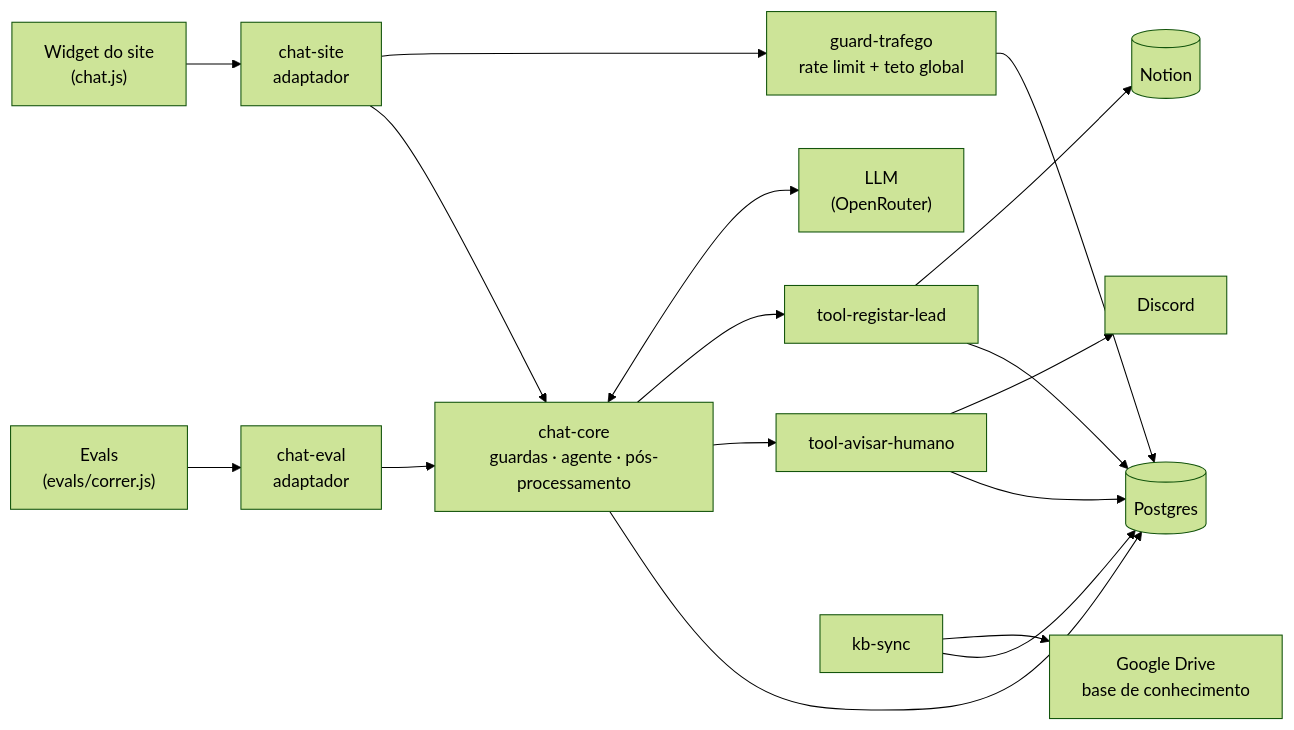
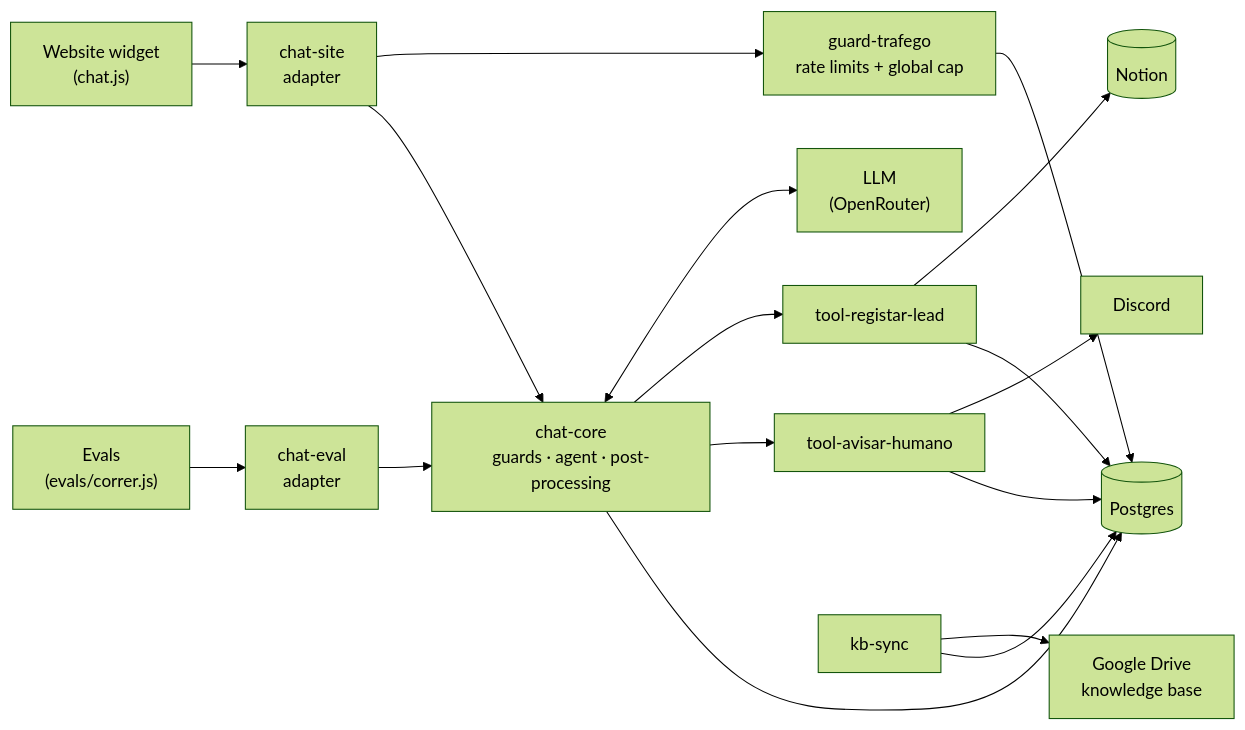
Before and after one commit to franciscoaraujo23/n8n-ai-sales-chatbot: the diagram in README.md, drawn with Mermaid (forest theme). The commit also changed other lines of this file and 7 other files, not shown here.

````diff
--- a/README.md
+++ b/README.md
@@ -53,13 +55,13 @@
 ```mermaid
 flowchart LR
-  V["Widget do site<br/>(chat.js)"] --> S["chat-site<br/>adaptador"]
-  E["Evals<br/>(evals/correr.js)"] --> CE["chat-eval<br/>adaptador"]
-  S --> G["guard-trafego<br/>rate limit + teto global"]
+  V["Website widget<br/>(chat.js)"] --> S["chat-site<br/>adapter"]
+  E["Evals<br/>(evals/correr.js)"] --> CE["chat-eval<br/>adapter"]
+  S --> G["guard-trafego<br/>rate limits + global cap"]
   S --> C
-  CE --> C["chat-core<br/>guardas · agente · pós-processamento"]
+  CE --> C["chat-core<br/>guards · agent · post-processing"]
   C <--> M["LLM<br/>(OpenRouter)"]
   C --> L["tool-registar-lead"] --> N[("Notion")]
   C --> H["tool-avisar-humano"] --> D["Discord"]
-  K["kb-sync"] --> GD["Google Drive<br/>base de conhecimento"]
+  K["kb-sync"] --> GD["Google Drive<br/>knowledge base"]
   C & L & H & K & G --> P[("Postgres")]
 ```
````
